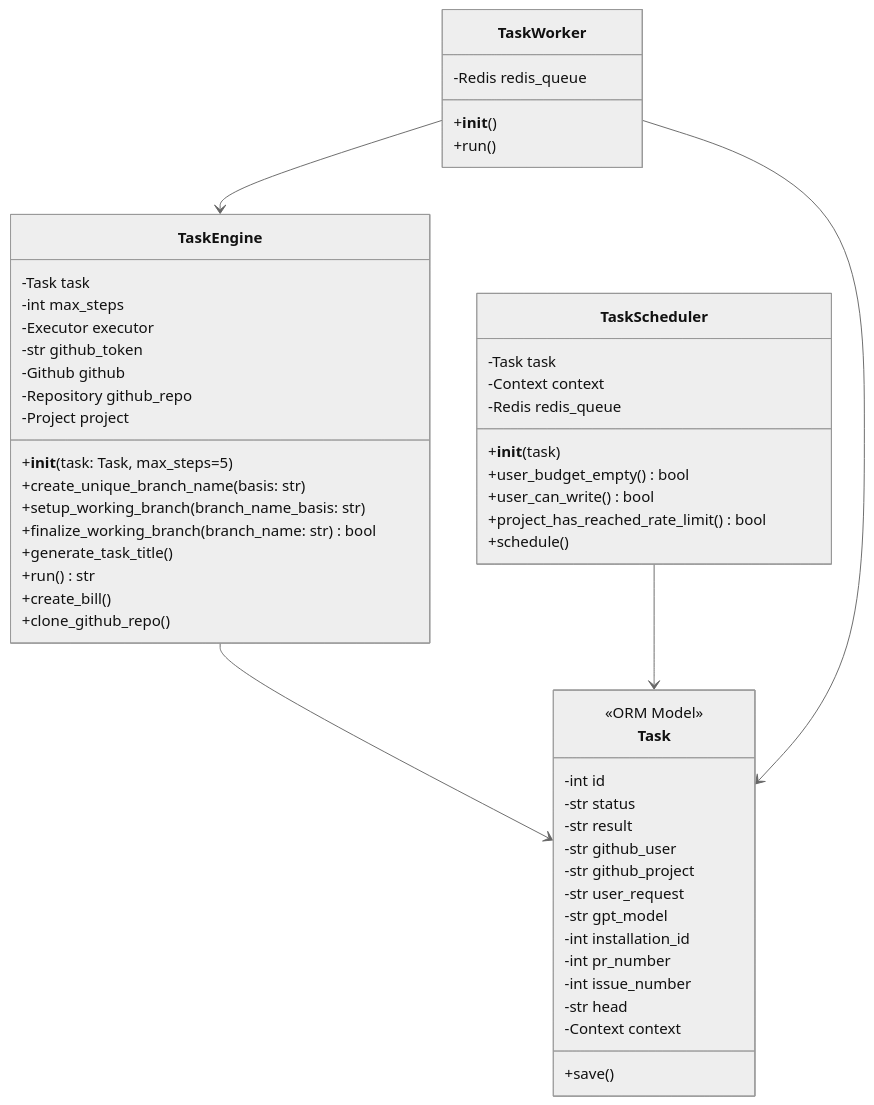
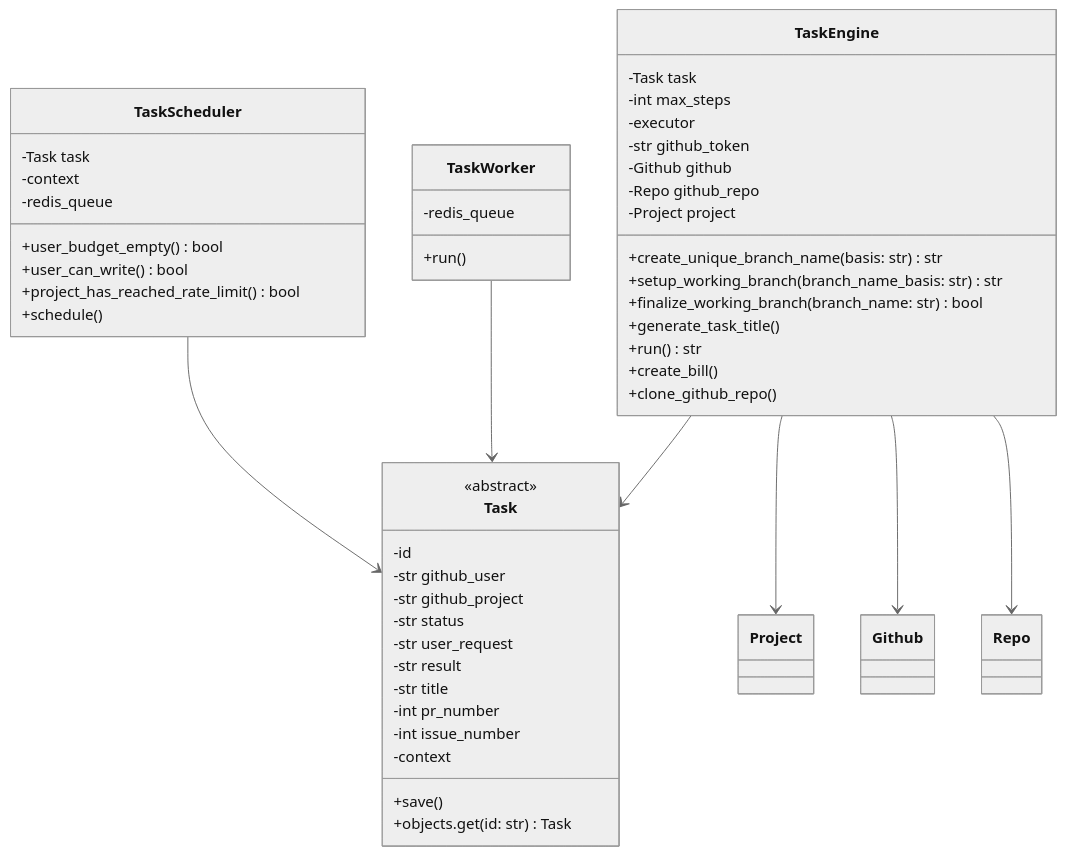
Before and after one commit to PR-Pilot-AI/pr-pilot: the first of 2 diagrams in docs/code/task_processing.md, drawn with Mermaid (neutral theme). The commit also changed other lines of this file and 2 other files, not shown here.

````diff
--- a/docs/code/task_processing.md
+++ b/docs/code/task_processing.md
@@ -7,59 +11,57 @@
 ```mermaid
 classDiagram
     class TaskEngine {
         -Task task
         -int max_steps
-        -Executor executor
+        -executor
         -str github_token
         -Github github
-        -Repository github_repo
+        -Repo github_repo
         -Project project
-        +__init__(task: Task, max_steps=5)
-        +create_unique_branch_name(basis: str)
-        +setup_working_branch(branch_name_basis: str)
+        +create_unique_branch_name(basis: str) str
+        +setup_working_branch(branch_name_basis: str) str
         +finalize_working_branch(branch_name: str) bool
         +generate_task_title()
         +run() str
         +create_bill()
         +clone_github_repo()
     }
 
     class TaskScheduler {
         -Task task
-        -Context context
-        -Redis redis_queue
-        +__init__(task)
+        -context
+        -redis_queue
         +user_budget_empty() bool
         +user_can_write() bool
         +project_has_reached_rate_limit() bool
         +schedule()
     }
 
     class TaskWorker {
-        -Redis redis_queue
-        +__init__()
+        -redis_queue
         +run()
     }
 
     class Task {
-        <<ORM Model>>
-        -int id
-        -str status
-        -str result
+        <<abstract>>
+        -id
         -str github_user
         -str github_project
+        -str status
         -str user_request
-        -str gpt_model
-        -int installation_id
+        -str result
+        -str title
         -int pr_number
         -int issue_number
-        -str head
-        -Context context
+        -context
         +save()
+        +objects.get(id: str) Task
     }
 
     TaskEngine --> Task
     TaskScheduler --> Task
-    TaskWorker --> TaskEngine
     TaskWorker --> Task
+    TaskEngine --> Project
+    TaskEngine --> Github
+    TaskEngine --> Repo
 ```
````
